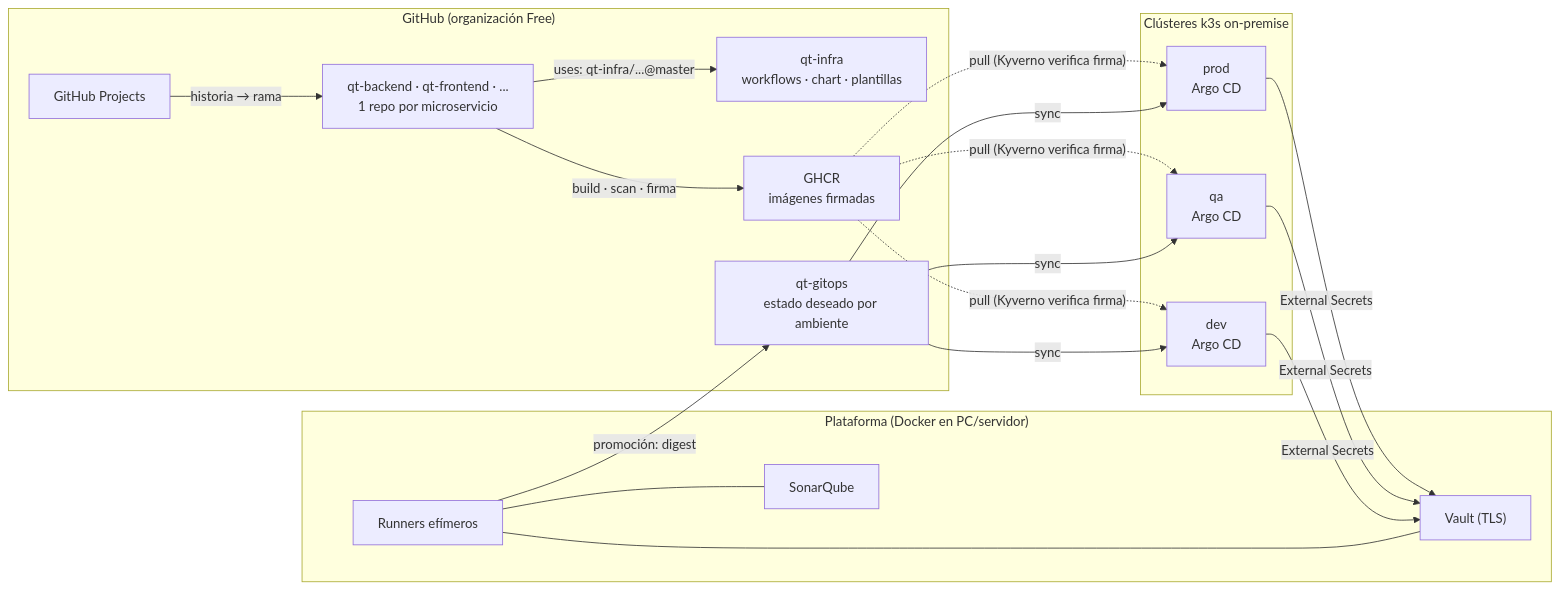
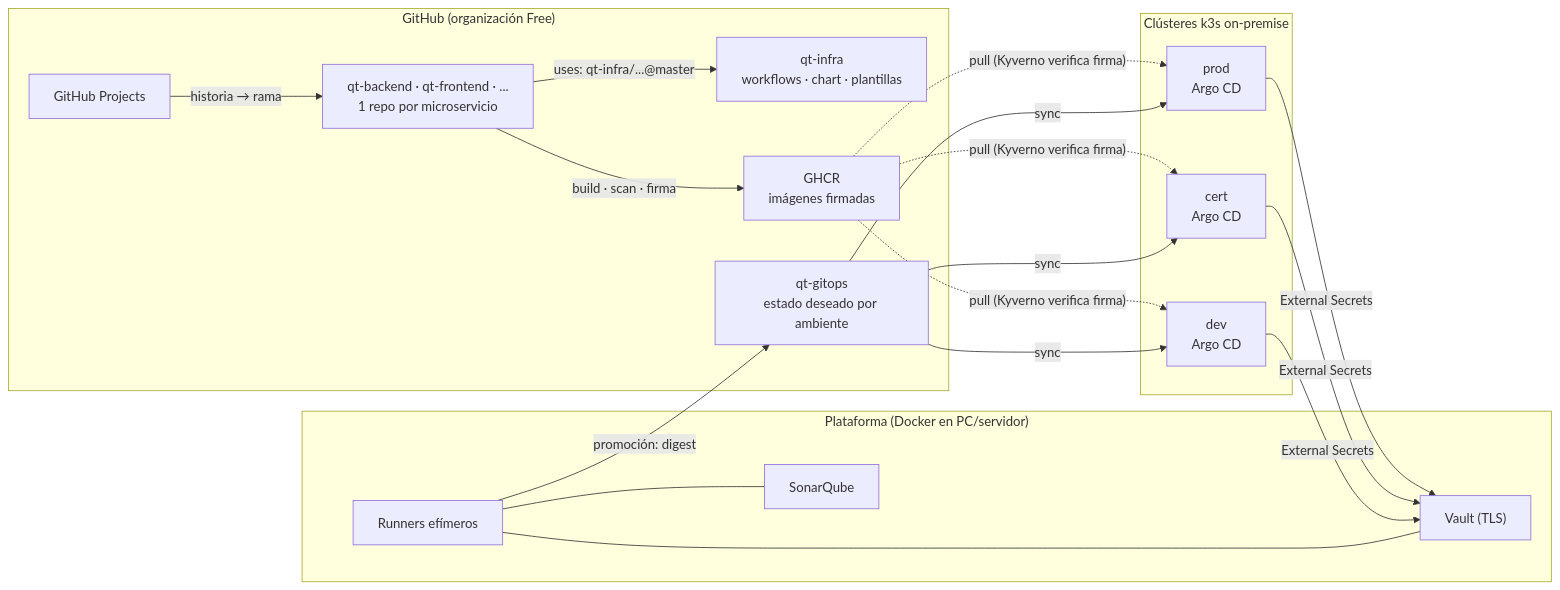
The diagram in README.md (QuantumTechPE/qt-infra), drawn with Mermaid before and after one commit. The commit also changed other lines of this file and 119 other files, not shown here.

````diff
--- a/README.md
+++ b/README.md
@@ -28,28 +28,28 @@
 ```mermaid
 flowchart LR
   subgraph GH["GitHub (organización Free)"]
     INFRA["qt-infra<br/>workflows · chart · plantillas"]
     SVC["qt-backend · qt-frontend · ...<br/>1 repo por microservicio"]
     GITOPS["qt-gitops<br/>estado deseado por ambiente"]
     GHCR["GHCR<br/>imágenes firmadas"]
     BOARD["GitHub Projects"]
   end
   subgraph PLAT["Plataforma (Docker en PC/servidor)"]
     V["Vault (TLS)"]
     S["SonarQube"]
     R["Runners efímeros"]
   end
   subgraph K["Clústeres k3s on-premise"]
     DEV["dev<br/>Argo CD"]
-    QA["qa<br/>Argo CD"]
+    CERT["cert<br/>Argo CD"]
     PROD["prod<br/>Argo CD"]
   end
   BOARD -- "historia → rama" --> SVC
   SVC -- "uses: qt-infra/...@master" --> INFRA
   SVC -- "build · scan · firma" --> GHCR
   R -- "promoción: digest" --> GITOPS
   R --- V & S
-  GITOPS -- "sync" --> DEV & QA & PROD
-  DEV & QA & PROD -- "External Secrets" --> V
-  GHCR -. "pull (Kyverno verifica firma)" .-> DEV & QA & PROD
+  GITOPS -- "sync" --> DEV & CERT & PROD
+  DEV & CERT & PROD -- "External Secrets" --> V
+  GHCR -. "pull (Kyverno verifica firma)" .-> DEV & CERT & PROD
 ```
````
